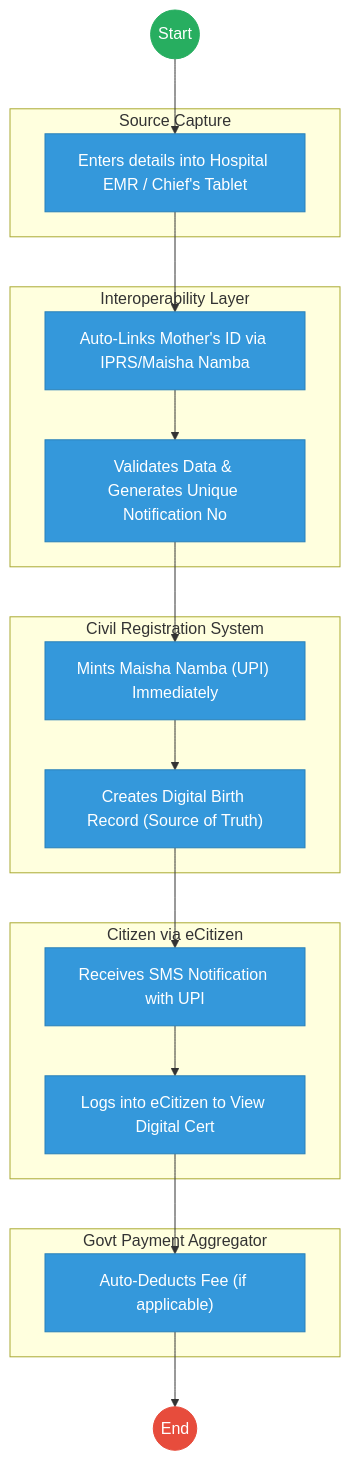
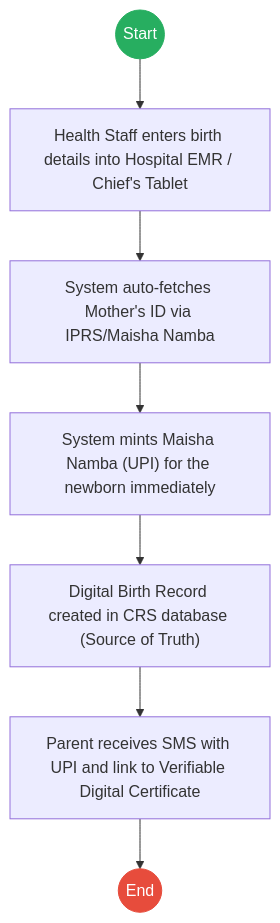
One commit to BITZ-IT-Consulting-LTD/ictapoc changed the second of 4 diagrams in mdas/docs_final/_CIVIL_REGISTRATION_SERVICES_CRS____Service_Delivery.md. Above: the diagram before and after it, drawn with Mermaid. The commit also changed other lines of this file and 4 other files, not shown here.

````diff
--- a/mdas/docs_final/_CIVIL_REGISTRATION_SERVICES_CRS____Service_Delivery.md
+++ b/mdas/docs_final/_CIVIL_REGISTRATION_SERVICES_CRS____Service_Delivery.md
@@ -130,45 +51,14 @@
 ```mermaid
 graph TD
-    Start((Start)) --> S1
-
-    subgraph Health_Staff [Source Capture]
-        S1["Enters details into Hospital EMR / Chief's Tablet"]
-    end
-
-    subgraph WoG_Platform [Interoperability Layer]
-        S2["Auto-Links Mother's ID via IPRS/Maisha Namba"]
-        S3["Validates Data & Generates Unique Notification No"]
-    end
-
-    subgraph CRS_Core [Civil Registration System]
-        S4["Mints Maisha Namba (UPI) Immediately"]
-        S5["Creates Digital Birth Record (Source of Truth)"]
-    end
-
-    subgraph Parent [Citizen via eCitizen]
-        S6["Receives SMS Notification with UPI"]
-        S7["Logs into eCitizen to View Digital Cert"]
-    end
-    
-    subgraph Payments [Govt Payment Aggregator]
-        S8["Auto-Deducts Fee (if applicable)"]
-    end
-
-    S1 --> S2
-    S2 --> S3
-    S3 --> S4
-    S4 --> S5
-    S5 --> S6
-    S6 --> S7
-    S7 --> S8
-    S8 --> End((End))
+    Start((Start)) --> T1
+    T1["Health Staff enters birth details into Hospital EMR / Chief's Tablet"] --> T2
+    T2["System auto-fetches Mother's ID via IPRS/Maisha Namba"] --> T3
+    T3["System mints Maisha Namba (UPI) for the newborn immediately"] --> T4
+    T4["Digital Birth Record created in CRS database (Source of Truth)"] --> T5
+    T5["Parent receives SMS with UPI and link to Verifiable Digital Certificate"] --> End((End))
 
     classDef start fill:#27ae60,stroke:#27ae60,color:#fff;
     classDef endNode fill:#e74c3c,stroke:#e74c3c,color:#fff;
-    classDef userTask fill:#3498db,stroke:#2980b9,color:#fff;
-    classDef serviceTask fill:#9b59b6,stroke:#8e44ad,color:#fff;
-
     class Start start;
     class End endNode;
-    class S1,S2,S3,S4,S5,S6,S7,S8 userTask;
 ```
````
